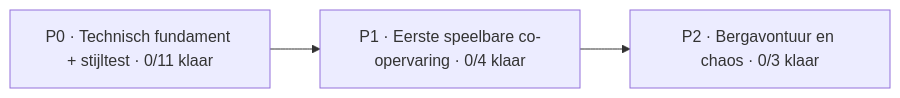
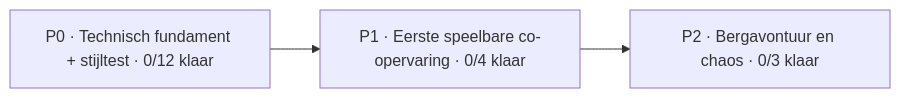
One commit to mlemson/conductor-chaos changed the diagram in Docs/PROJECT_BOARD.md. Above: the diagram before and after it, drawn with Mermaid. The commit also changed other lines of this file, not shown here.

````diff
--- a/Docs/PROJECT_BOARD.md
+++ b/Docs/PROJECT_BOARD.md
@@ -13,7 +13,7 @@
 ```mermaid
 flowchart LR
-    P0["P0 · Technisch fundament + stijltest · 0/11 klaar"]
+    P0["P0 · Technisch fundament + stijltest · 0/12 klaar"]
     P1["P1 · Eerste speelbare co-opervaring · 0/4 klaar"]
     P2["P2 · Bergavontuur en chaos · 0/3 klaar"]
     P0 --> P1 --> P2
 ```
````
